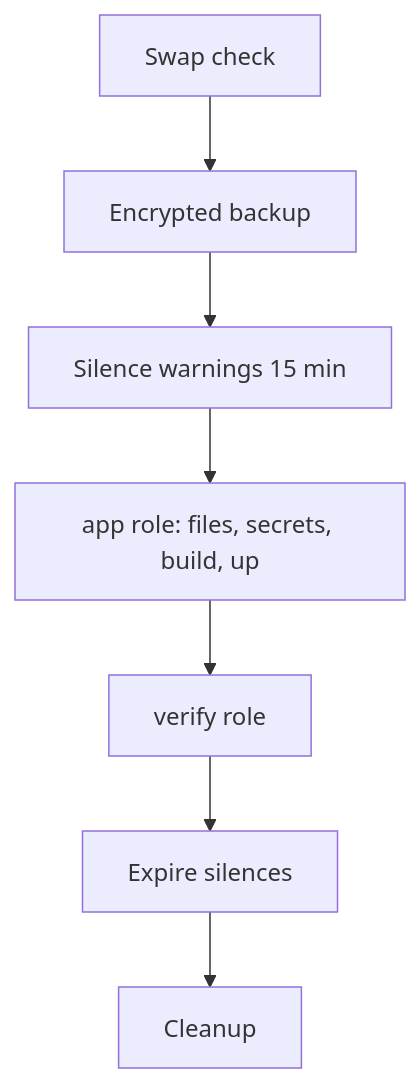
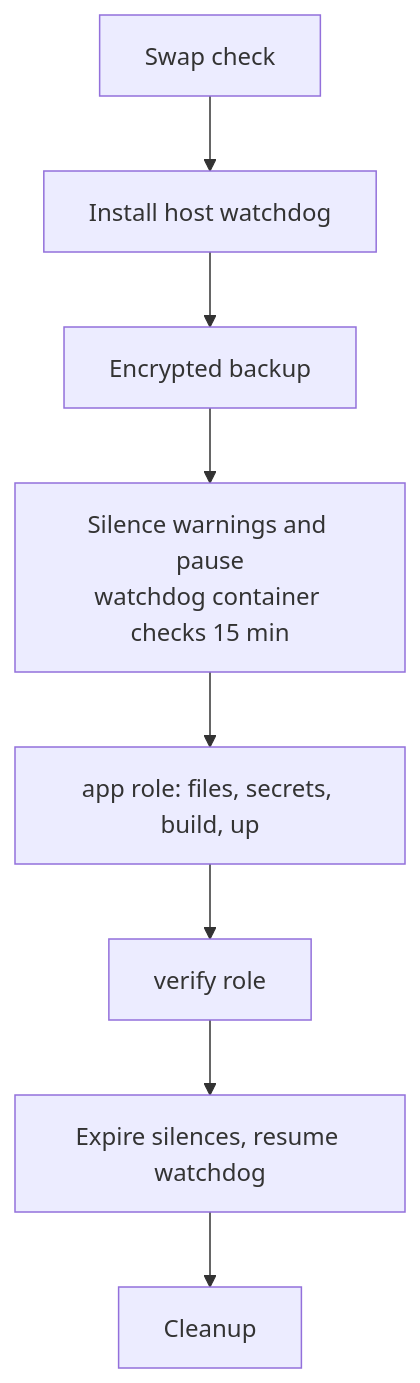
Before and after one commit to slawekradzyminski/awesome-localstack: the diagram in docs-site/docs/operations/production.md, drawn with Mermaid. The commit also changed other lines of this file and 51 other files, not shown here.

First line of the commit message:
Lean production monitoring: remove Grafana, add host watchdog, local monitoring overlay (#82)

````diff
--- a/docs-site/docs/operations/production.md
+++ b/docs-site/docs/operations/production.md
@@ -24,9 +24,10 @@
 ```mermaid
 flowchart TB
-    A[Swap check] --> B[Encrypted backup]
-    B --> C[Silence warnings 15 min]
+    A[Swap check] --> W[Install host watchdog]
+    W --> B[Encrypted backup]
+    B --> C[Silence warnings and pause<br/>watchdog container checks 15 min]
     C --> D[app role: files, secrets, build, up]
     D --> E[verify role]
-    E --> F[Expire silences]
+    E --> F[Expire silences, resume watchdog]
     F --> G[Cleanup]
 ```
````
